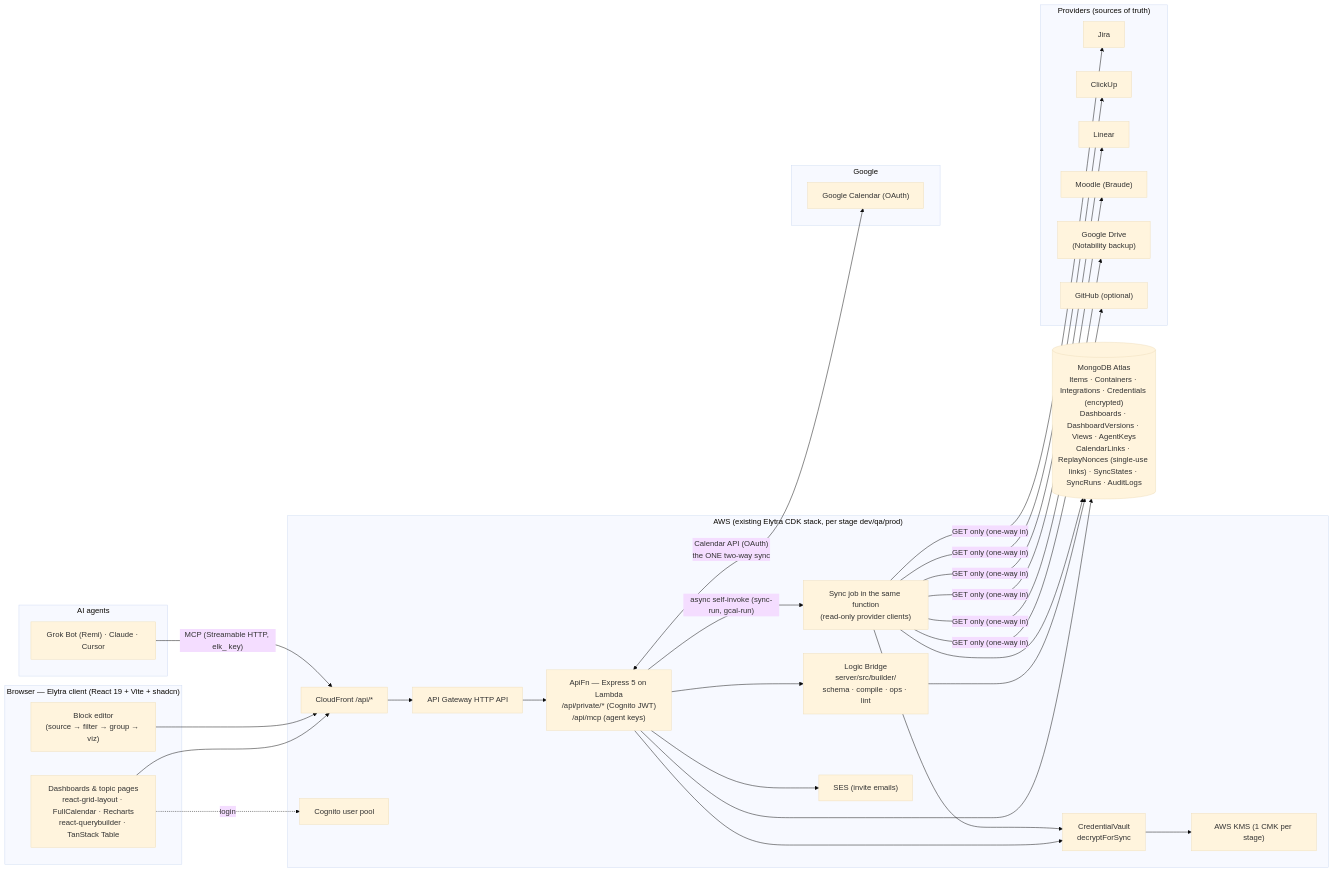
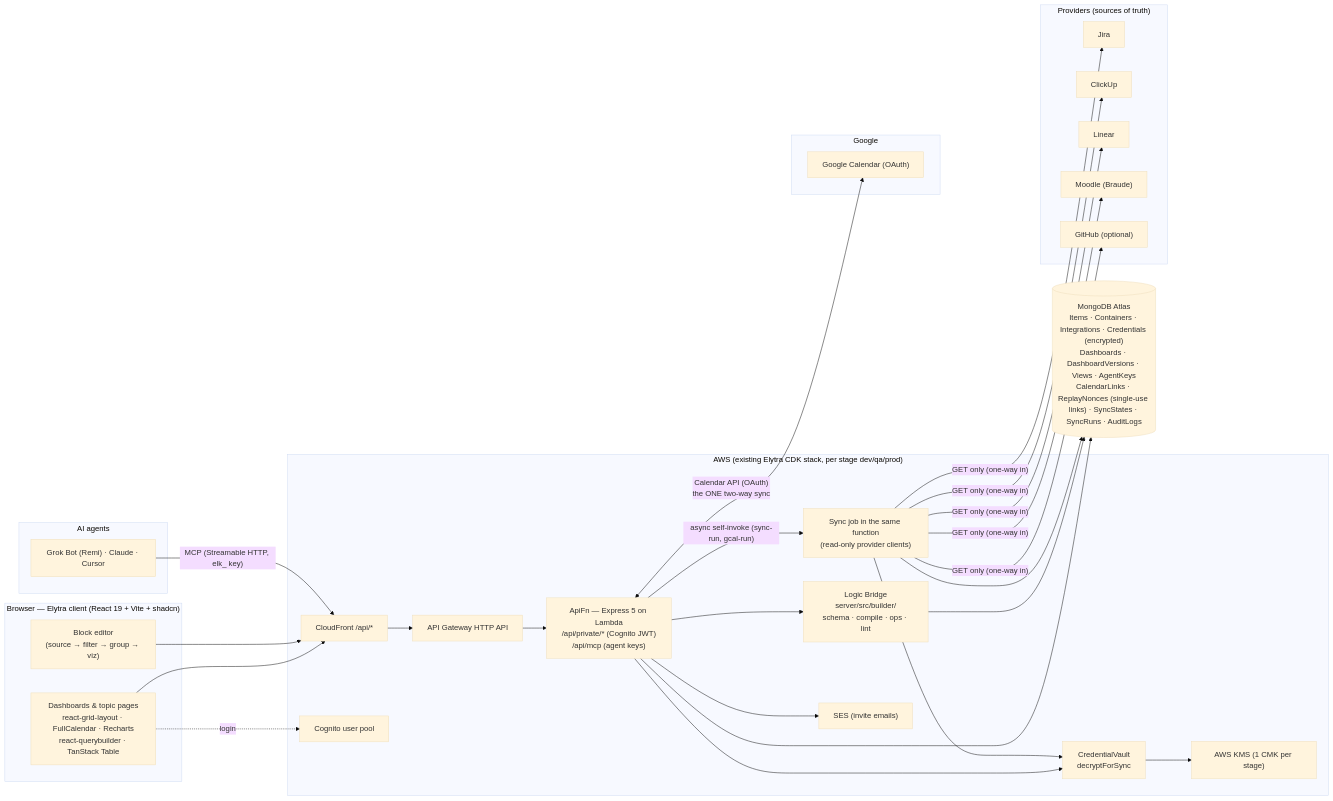
Before and after one commit to shalev396/ToDoList: the first of 3 diagrams in docs/dashboard/OVERVIEW.md, drawn with Mermaid (base theme). The commit also changed other lines of this file and 11 other files, not shown here.

First line of the commit message:
docs: drop Google Drive and the file tree, log the integrations decisions

````diff
--- a/docs/dashboard/OVERVIEW.md
+++ b/docs/dashboard/OVERVIEW.md
@@ -16,43 +16,43 @@
 ```mermaid
 flowchart LR
   subgraph Client["Browser — Elytra client (React 19 + Vite + shadcn)"]
     UI["Dashboards & topic pages<br/>react-grid-layout · FullCalendar · Recharts<br/>react-querybuilder · TanStack Table"]
     ED["Block editor<br/>(source → filter → group → viz)"]
   end
 
   subgraph Agents["AI agents"]
     AG["Grok Bot (Remi) · Claude · Cursor"]
   end
 
   subgraph AWS["AWS (existing Elytra CDK stack, per stage dev/qa/prod)"]
     CF["CloudFront /api/*"] --> APIGW["API Gateway HTTP API"]
     APIGW --> API["ApiFn — Express 5 on Lambda<br/>/api/private/* (Cognito JWT)<br/>/api/mcp (agent keys)"]
     API --> LB["Logic Bridge<br/>server/src/builder/<br/>schema · compile · ops · lint"]
     API --> VAULT["CredentialVault<br/>decryptForSync"]
     API -->|"async self-invoke (sync-run, gcal-run)"| W["Sync job in the same function<br/>(read-only provider clients)"]
     W --> VAULT
     API --> SES["SES (invite emails)"]
     KMS["AWS KMS (1 CMK per stage)"]
     VAULT --> KMS
     COG["Cognito user pool"]
   end
 
   DB[("MongoDB Atlas<br/>Items · Containers · Integrations · Credentials (encrypted)<br/>Dashboards · DashboardVersions · Views · AgentKeys<br/>CalendarLinks · ReplayNonces (single-use links) · SyncStates · SyncRuns · AuditLogs")]
 
   subgraph Providers["Providers (sources of truth)"]
-    JIRA["Jira"]; CU["ClickUp"]; LIN["Linear"]; MOO["Moodle (Braude)"]; DRV["Google Drive<br/>(Notability backup)"]; GH["GitHub (optional)"]
+    JIRA["Jira"]; CU["ClickUp"]; LIN["Linear"]; MOO["Moodle (Braude)"]; GH["GitHub (optional)"]
   end
   subgraph Google["Google"]
     GCAL["Google Calendar (OAuth)"]
   end
 
   UI --> CF
   ED --> CF
   AG -->|"MCP (Streamable HTTP, elk_ key)"| CF
   UI -. login .-> COG
   API --> DB
   LB --> DB
   W --> DB
-  W -->|"GET only (one-way in)"| JIRA & CU & LIN & MOO & DRV & GH
+  W -->|"GET only (one-way in)"| JIRA & CU & LIN & MOO & GH
   API <-->|"Calendar API (OAuth)<br/>the ONE two-way sync"| GCAL
 ```
````
